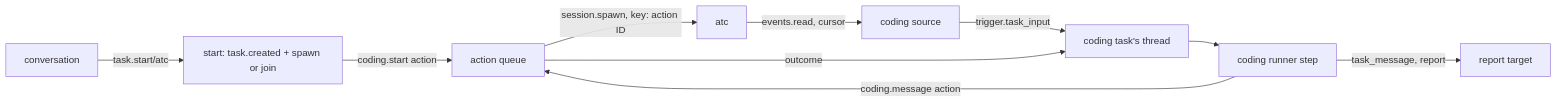
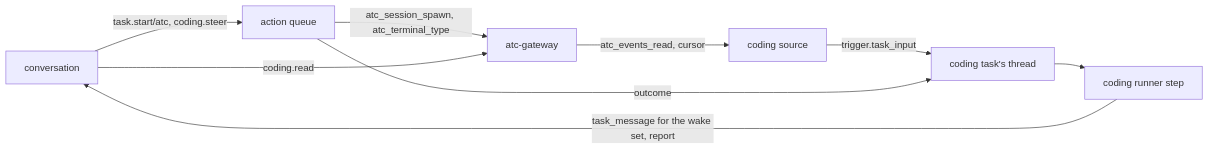
One commit to zgeoff/nixie changed the diagram in docs/design/queue/coding-session-runner/README.md. Above: the diagram before and after it, drawn with Mermaid. The commit also changed other lines of this file and 3 other files, not shown here.

First line of the commit message:
docs(design): steer coding sessions through their input

````diff
--- a/docs/design/queue/coding-session-runner/README.md
+++ b/docs/design/queue/coding-session-runner/README.md
@@ -61,12 +69,11 @@
 ```mermaid
 flowchart LR
-  conv[conversation] -->|"task.start/atc"| start[start: task.created + spawn or join]
-  start -->|"coding.start action"| queue[action queue]
-  queue -->|"session.spawn, key: action ID"| atc[atc]
-  atc -->|"events.read, cursor"| source[coding source]
+  conv[conversation] -->|"task.start/atc, coding.steer"| queue[action queue]
+  queue -->|"atc_session_spawn, atc_terminal_type"| gw[atc-gateway]
+  gw -->|"atc_events_read, cursor"| source[coding source]
   source -->|"trigger.task_input"| thread[coding task's thread]
   queue -->|"outcome"| thread
   thread --> step[coding runner step]
-  step -->|"coding.message action"| queue
-  step -->|"task_message, report"| target[report target]
+  step -->|"task_message for the wake set, report"| conv
+  conv -->|"coding.read"| gw
 ```
````
